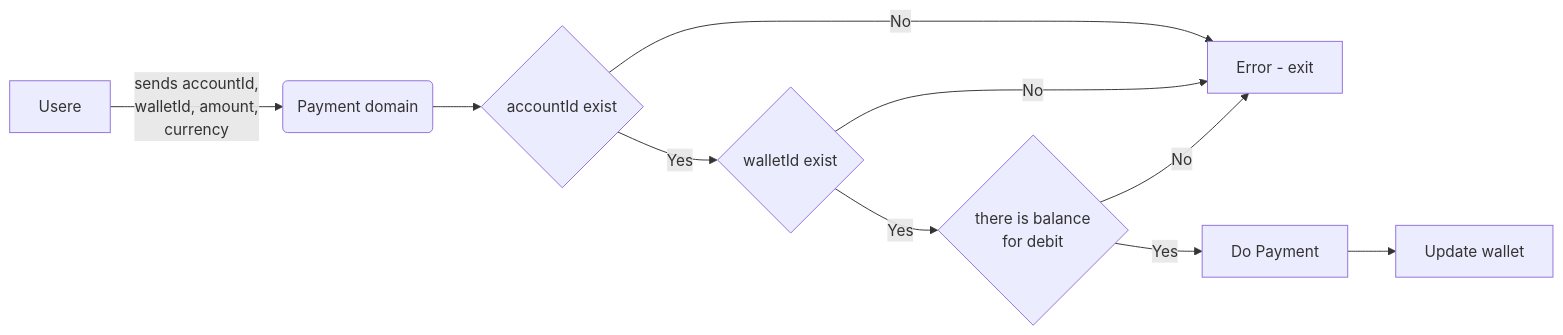
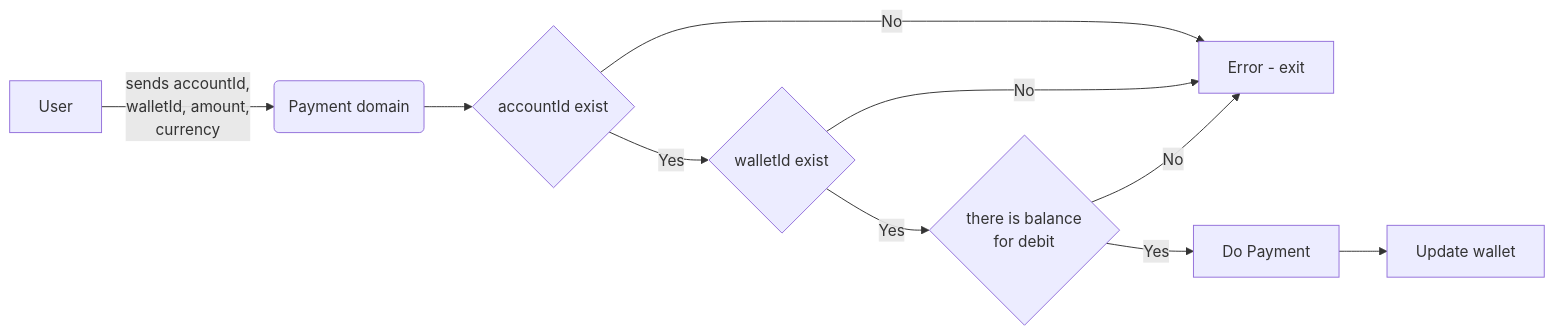
The sixth of 7 diagrams in DESIGN.md (felipediazc/challenge), drawn with Mermaid before and after one commit. The commit also changed other lines of this file and 8 other files, not shown here.

````diff
--- a/DESIGN.md
+++ b/DESIGN.md
@@ -162,12 +162,12 @@
 ```mermaid
 graph LR
-A[Usere] -->|sends accountId,\n walletId, amount,\n currency|B(Payment domain)
+A[User] -->|sends accountId,\n walletId, amount,\n currency|B(Payment domain)
     B --> C{accountId exist}
     C -->|Yes| D{walletId exist}
     C -->|No| E[Error - exit]
     D -->|Yes| F{there is balance\n for debit}
     D -->|No| E[Error - exit]
     F -->|No| E[Error - exit]
     F -->|Yes| G[Do Payment]
     G -->H[Update wallet]
 ```
````
